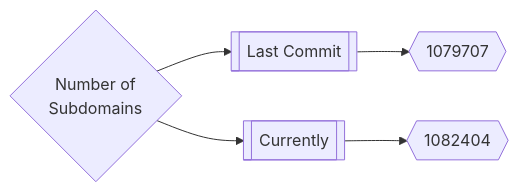
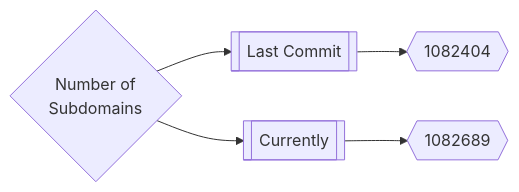
The first of 3 diagrams in README.md (trickest/inventory), drawn with Mermaid before and after one commit. The commit also changed other lines of this file and 12 other files, not shown here.

````diff
--- a/README.md
+++ b/README.md
@@ -165,5 +165,5 @@
 ```mermaid
 graph LR
-title{Number of<br>Subdomains} --> subdomainsDate1[[Last Commit]] --> subdomainsNum1{{1079707}}
-title --> subdomainsDate2[[Currently]] --> subdomainsNum2{{1082404}}
+title{Number of<br>Subdomains} --> subdomainsDate1[[Last Commit]] --> subdomainsNum1{{1082404}}
+title --> subdomainsDate2[[Currently]] --> subdomainsNum2{{1082689}}
 ```
````
